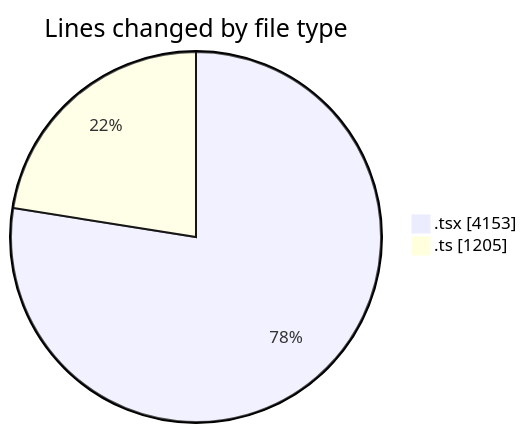
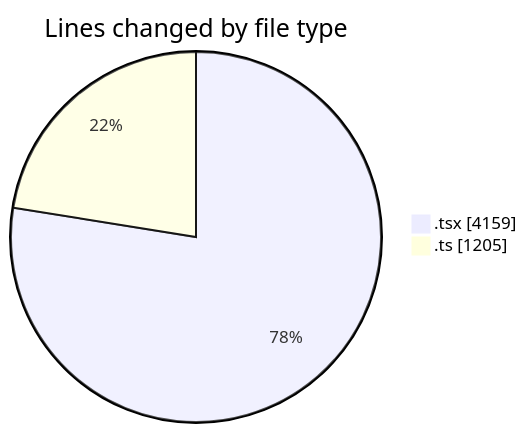
Before and after one commit to nxtqubesakshisongat/code-tracking: the first of 2 diagrams in 2026-02-18/nxtqube_webapp/README.md, drawn with Mermaid. The commit also changed other lines of this file and 1 other file, not shown here.

````diff
--- a/2026-02-18/nxtqube_webapp/README.md
+++ b/2026-02-18/nxtqube_webapp/README.md
@@ -29,6 +29,6 @@
 ```mermaid
 pie showData
 title Lines changed by file type
-".tsx" : 4153
+".tsx" : 4159
 ".ts" : 1205
 ```
````
